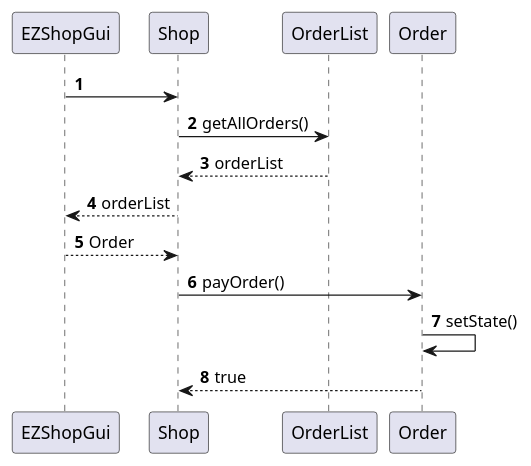
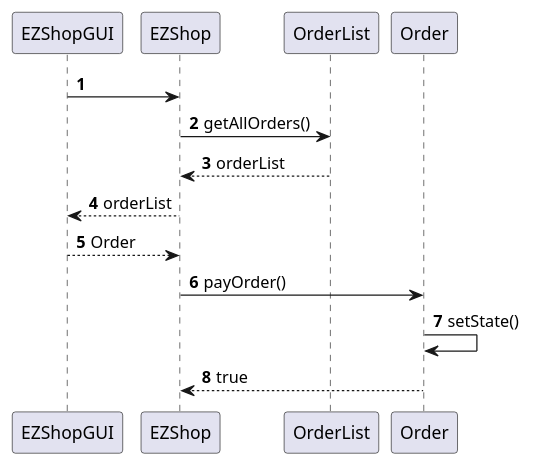
Before and after one commit to mkexc/ezshop: the eighth of 22 diagrams in Deliverables/DesignDocument.md, drawn with PlantUML. The commit also changed other lines of this file, not shown here.

````diff
--- a/Deliverables/DesignDocument.md
+++ b/Deliverables/DesignDocument.md
@@ -414,13 +311,13 @@
 ```plantuml
 @startuml
 autonumber
-EZShopGui -> Shop
-Shop -> OrderList : getAllOrders()
-Shop <-- OrderList : orderList
-Shop --> EZShopGui : orderList
-Shop <-- EZShopGui : Order
-Shop -> Order : payOrder()
+EZShopGUI -> EZShop
+EZShop -> OrderList : getAllOrders()
+EZShop <-- OrderList : orderList
+EZShop --> EZShopGUI : orderList
+EZShop <-- EZShopGUI : Order
+EZShop -> Order : payOrder()
 Order -> Order : setState()
-Shop <-- Order : true
+EZShop <-- Order : true
 @enduml
 ```
````
